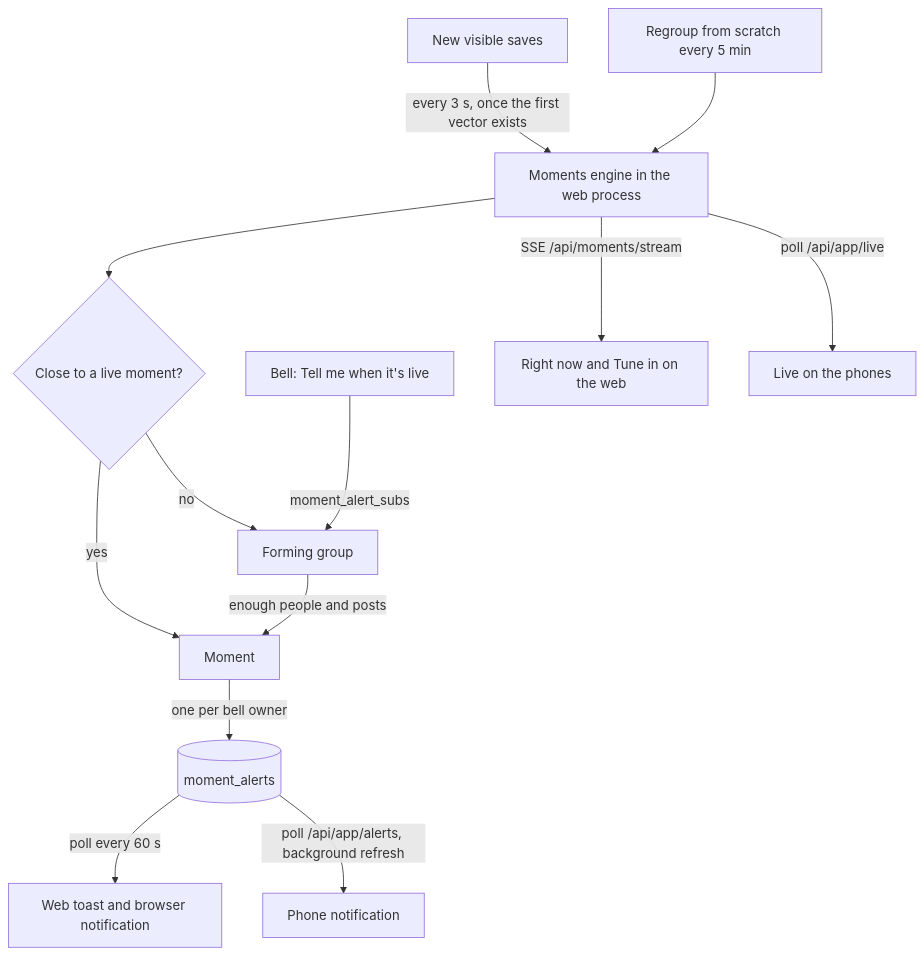
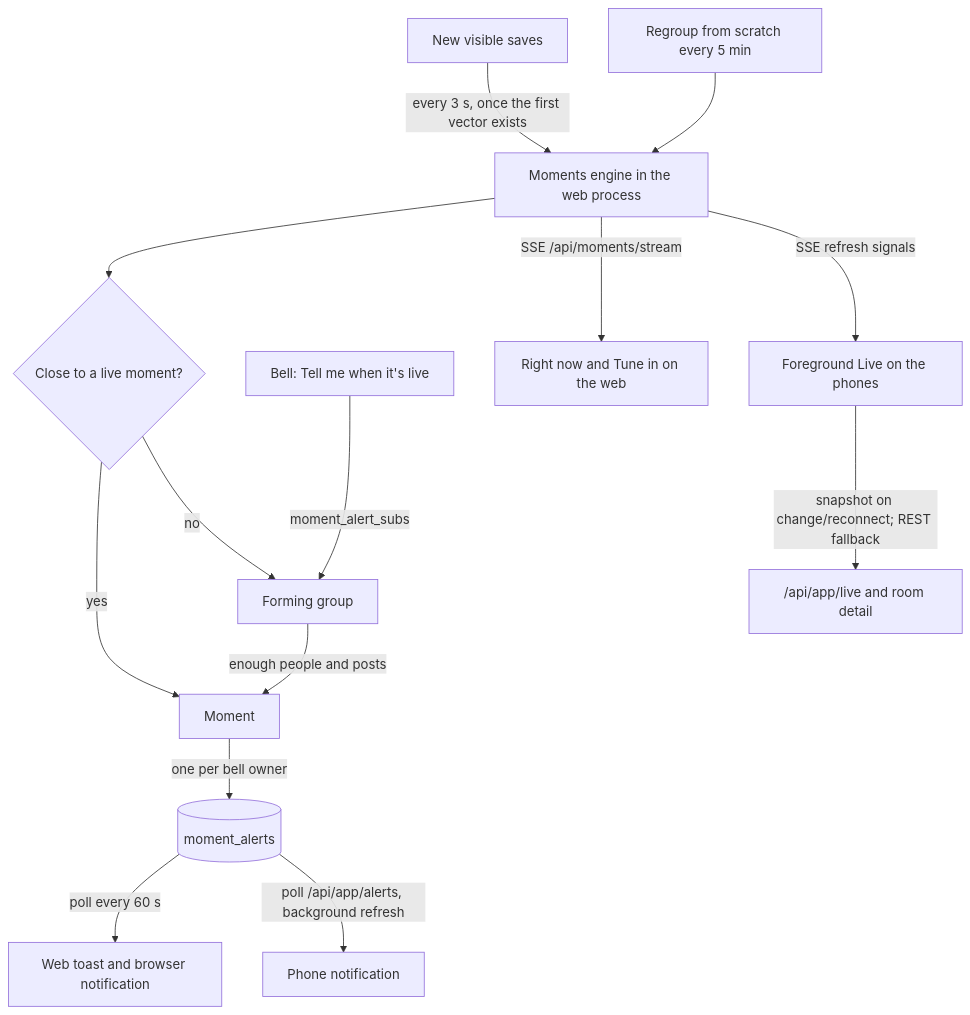
One commit to itsmemeworks/adhx changed the fourth of 9 diagrams in ARCHITECTURE.md. Above: the diagram before and after it, drawn with Mermaid. The commit also changed other lines of this file and 32 other files, not shown here.

Commit message:
perf: stream foreground live updates and bound presence recovery

````diff
--- a/ARCHITECTURE.md
+++ b/ARCHITECTURE.md
@@ -341,15 +341,16 @@
 ```mermaid
 flowchart TD
   Saves["New visible saves"] -->|"every 3 s, once the first vector exists"| Engine["Moments engine in the web process"]
   Regroup["Regroup from scratch every 5 min"] --> Engine
   Engine --> Near{"Close to a live moment?"}
   Near -->|"yes"| M["Moment"]
   Near -->|"no"| F["Forming group"]
   F -->|"enough people and posts"| M
   Bell["Bell: Tell me when it's live"] -->|"moment_alert_subs"| F
   M -->|"one per bell owner"| A[("moment_alerts")]
   Engine -->|"SSE /api/moments/stream"| WebLive["Right now and Tune in on the web"]
-  Engine -->|"poll /api/app/live"| AppLive["Live on the phones"]
+  Engine -->|"SSE refresh signals"| AppLive["Foreground Live on the phones"]
+  AppLive -->|"snapshot on change/reconnect; REST fallback"| AppAPI["/api/app/live and room detail"]
   A -->|"poll every 60 s"| Toast["Web toast and browser notification"]
   A -->|"poll /api/app/alerts, background refresh"| Notif["Phone notification"]
 ```
````
